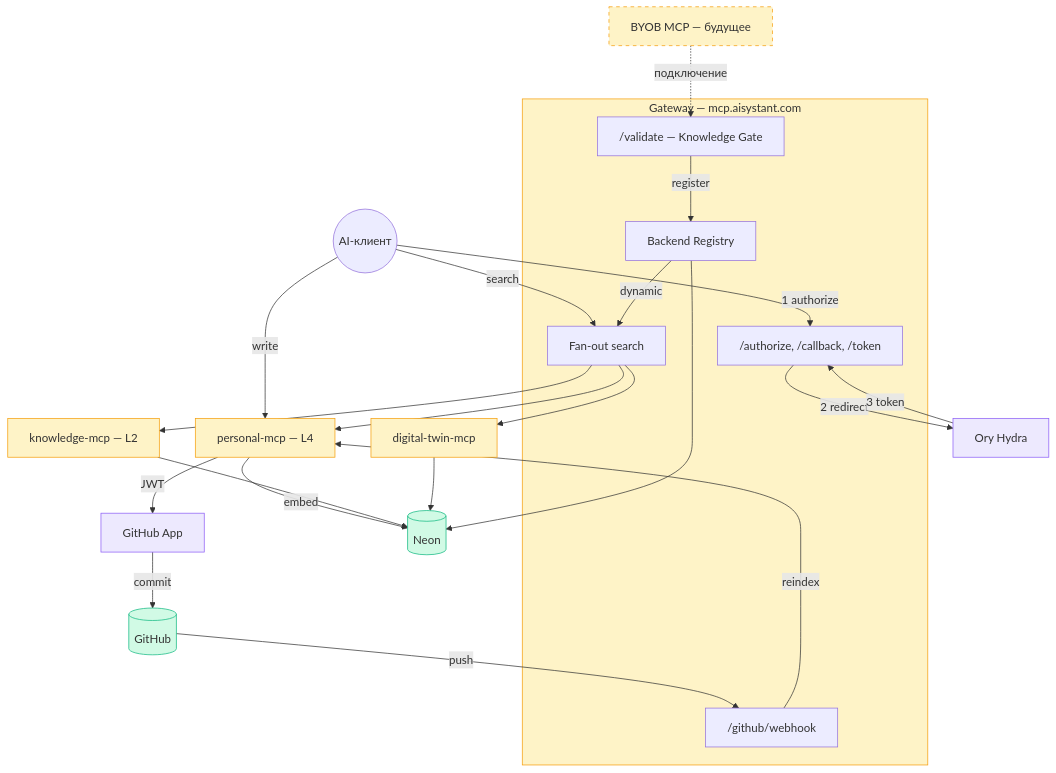
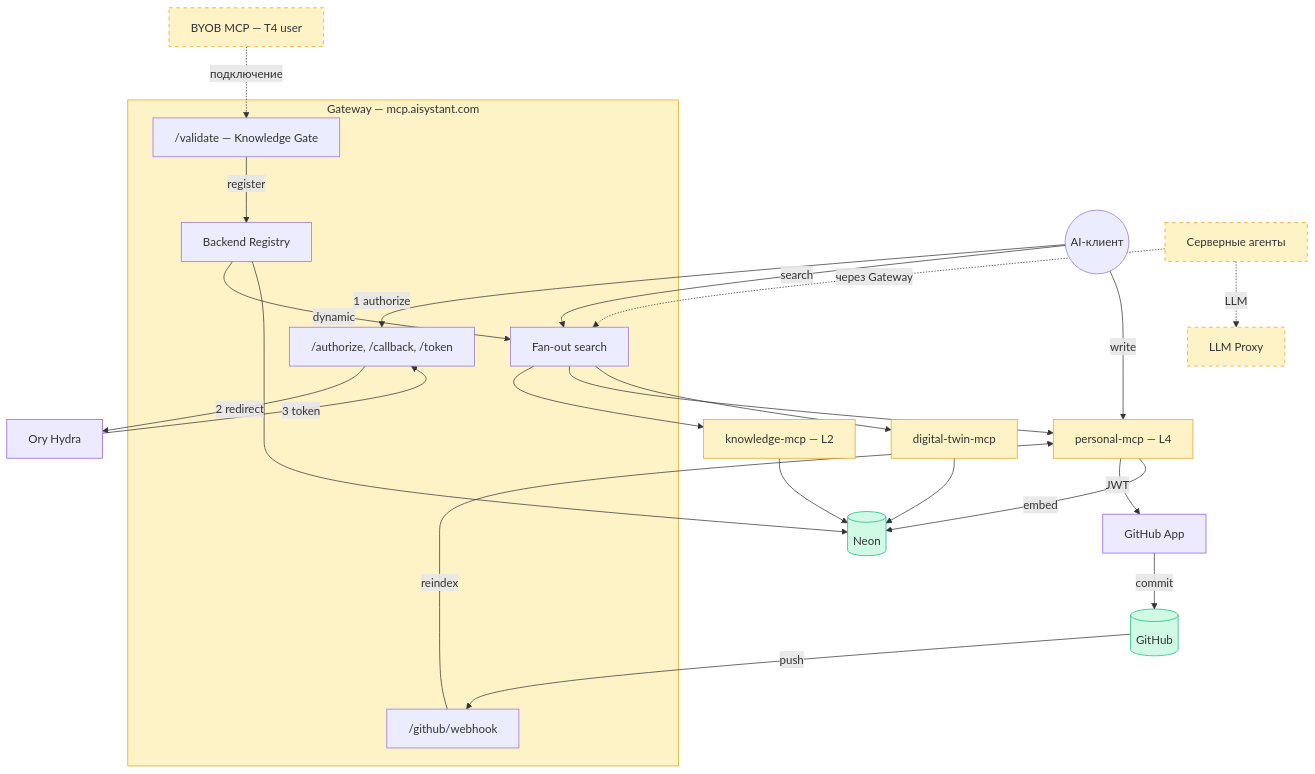
Before and after one commit to TserenTserenov/DS-ecosystem-development: the third of 3 diagrams in C.IT-Platform/C2.IT-Platform/C2.2.Architecture/Stack-and-Infrastructure/deployment.md, drawn with Mermaid. The commit also changed other lines of this file, not shown here.

First line of the commit message:
feat(WP-159): добавить планируемые компоненты пунктиром на диаграммы

````diff
--- a/C.IT-Platform/C2.IT-Platform/C2.2.Architecture/Stack-and-Infrastructure/deployment.md
+++ b/C.IT-Platform/C2.IT-Platform/C2.2.Architecture/Stack-and-Infrastructure/deployment.md
@@ -186,57 +226,64 @@
 ```mermaid
 graph TB
     CLIENT(("AI-клиент"))
 
     subgraph GW["Gateway — mcp.aisystant.com"]
         AUTH["/authorize, /callback, /token"]
         FANOUT["Fan-out search"]
         VALIDATE["/validate — Knowledge Gate"]
         WEBHOOK["/github/webhook"]
         REG["Backend Registry"]
     end
 
     KN["knowledge-mcp — L2"]
     PKN["personal-mcp — L4"]
     DT["digital-twin-mcp"]
-    BYOB["BYOB MCP — будущее"]
+    BYOB["BYOB MCP — T4 user"]
+    AGENTS["Серверные агенты"]
 
     ORY["Ory Hydra"]
     DB[("Neon")]
     GH[("GitHub")]
     GHAPP["GitHub App"]
+    LLMP["LLM Proxy"]
 
     CLIENT -- 1 authorize --> AUTH
     AUTH -- 2 redirect --> ORY
     ORY -- 3 token --> AUTH
 
     CLIENT -- search --> FANOUT
     FANOUT --> KN
     FANOUT --> PKN
     FANOUT --> DT
     REG -- dynamic --> FANOUT
 
     CLIENT -- write --> PKN
     PKN -- JWT --> GHAPP
     GHAPP -- commit --> GH
 
     GH -- push --> WEBHOOK
     WEBHOOK -- reindex --> PKN
     PKN -- embed --> DB
 
     KN --> DB
     DT --> DB
     REG --> DB
 
     BYOB -. подключение .-> VALIDATE
     VALIDATE -- register --> REG
 
+    AGENTS -. через Gateway .-> FANOUT
+    AGENTS -. LLM .-> LLMP
+
     style GW fill:#fef3c7,stroke:#f59e0b
     style KN fill:#fef3c7,stroke:#f59e0b
     style PKN fill:#fef3c7,stroke:#f59e0b
     style DT fill:#fef3c7,stroke:#f59e0b
     style BYOB fill:#fef3c7,stroke:#f59e0b,stroke-dasharray: 5 5
+    style AGENTS fill:#fef3c7,stroke:#f59e0b,stroke-dasharray: 5 5
+    style LLMP fill:#fef3c7,stroke:#f59e0b,stroke-dasharray: 5 5
     style DB fill:#d1fae5,stroke:#10b981
     style GH fill:#d1fae5,stroke:#10b981
     style ORY fill:#ede9fe,stroke:#8b5cf6
     style GHAPP fill:#ede9fe,stroke:#8b5cf6
 ```
````
